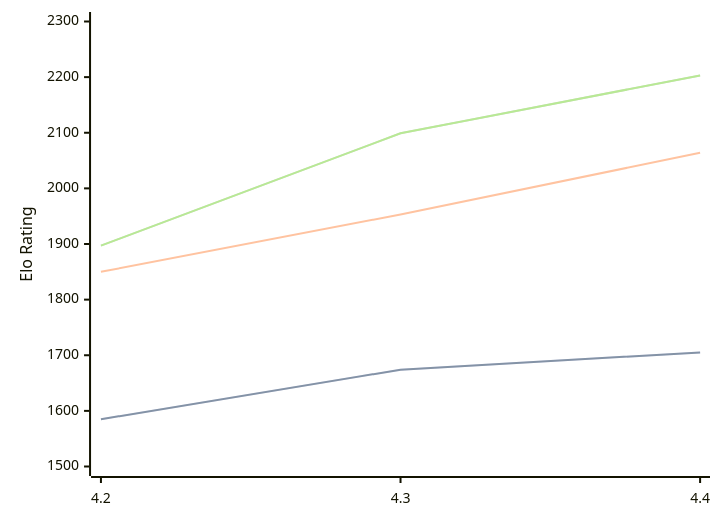
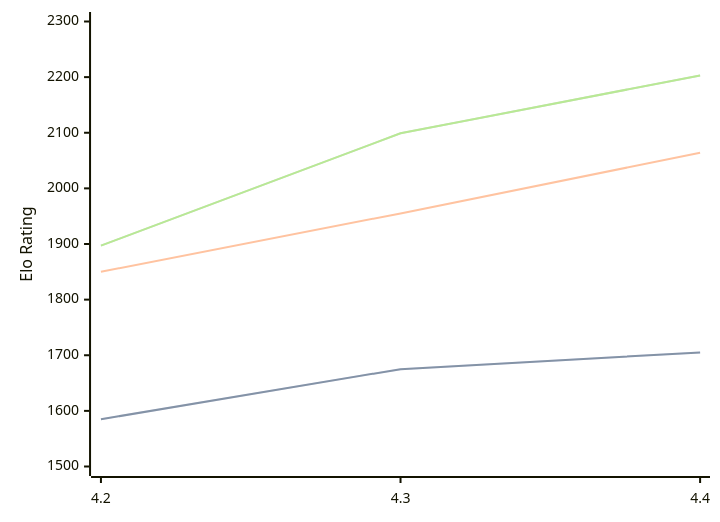
The diagram in engines/Radiance.md (computer-chess-index/cci), drawn with Mermaid before and after one commit. The commit also changed other lines of this file, not shown here.

````diff
--- a/engines/Radiance.md
+++ b/engines/Radiance.md
@@ -33,11 +33,11 @@
 ```mermaid
 %%{init: {"theme":"base","themeVariables":{"seriesColors:['#a3a3a3','#222221','#faa371']}}}%%
 xychart-beta
   x-axis ["4.2", "4.3", "4.4"]
   y-axis "Elo Rating" 1500 --> 2300
-  line "" [1585, 1674, 1705]
-  line "STC (8.0+0.08s)" [1585, 1674, 1705]
-  line "LTC (60.0+0.60s)" [1850, 1953, 2064]
+  line "" [1585, 1675, 1705]
+  line "STC (8.0+0.08s)" [1585, 1675, 1705]
+  line "LTC (60.0+0.60s)" [1850, 1955, 2064]
   line "" [1897, 2099, 2203]
   line "VLTC (2m24s+1.12s)" [1897, 2099, 2203]
 ```
````
